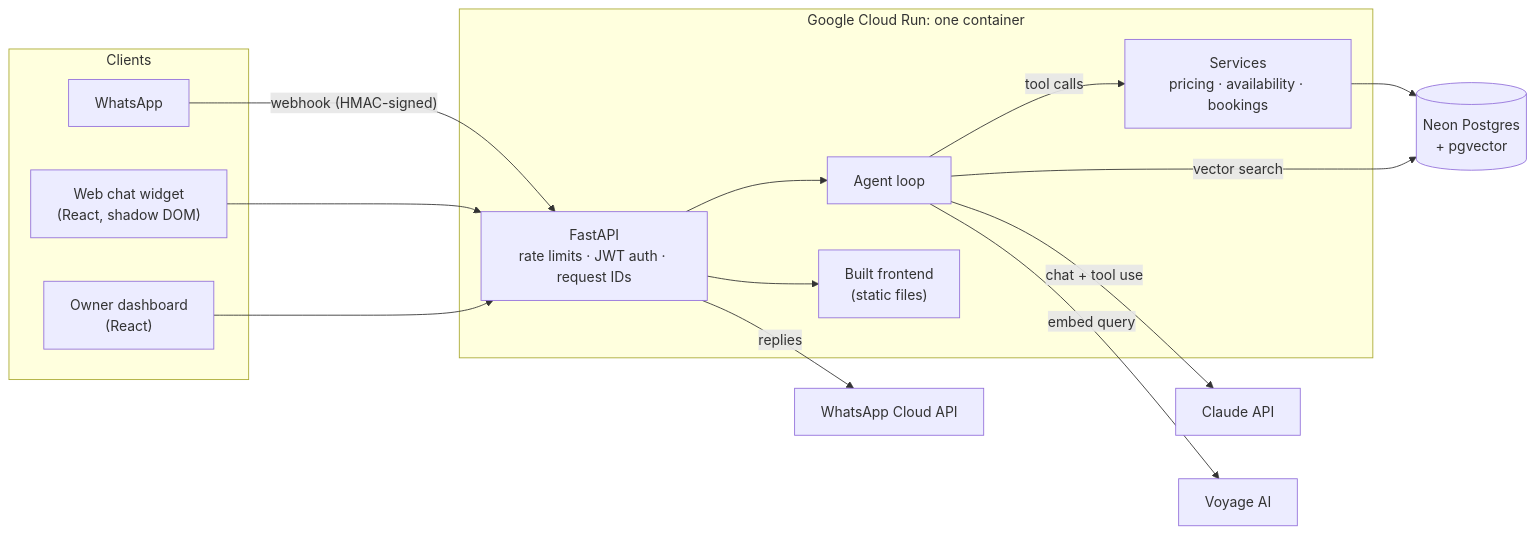
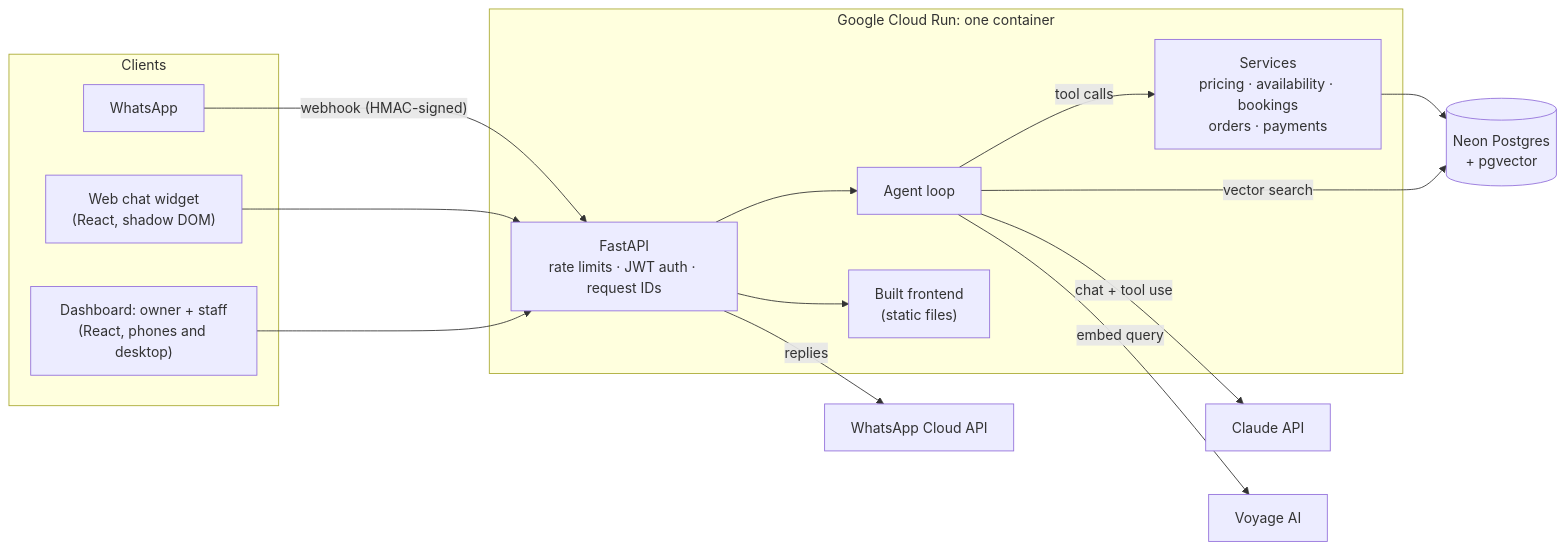
The second of 3 diagrams in README.md (mhdhfzi/carpet-ai-assistant), drawn with Mermaid before and after one commit. The commit also changed other lines of this file, not shown here.

````diff
--- a/README.md
+++ b/README.md
@@ -46,27 +87,27 @@
 ```mermaid
 flowchart LR
     subgraph Clients
         W["Web chat widget<br/>(React, shadow DOM)"]
         WA["WhatsApp"]
-        D["Owner dashboard<br/>(React)"]
+        D["Dashboard: owner + staff<br/>(React, phones and desktop)"]
     end
 
     subgraph CR["Google Cloud Run: one container"]
         API["FastAPI<br/>rate limits · JWT auth · request IDs"]
         AG["Agent loop"]
-        SV["Services<br/>pricing · availability · bookings"]
+        SV["Services<br/>pricing · availability · bookings<br/>orders · payments"]
         ST["Built frontend<br/>(static files)"]
     end
 
     WA -- "webhook (HMAC-signed)" --> API
     W --> API
     D --> API
     API --> AG
     AG -- "tool calls" --> SV
     AG -- "chat + tool use" --> CL["Claude API"]
     AG -- "embed query" --> VY["Voyage AI"]
     SV --> DB[("Neon Postgres<br/>+ pgvector")]
     AG -- "vector search" --> DB
     API --> ST
     API -- "replies" --> MetaAPI["WhatsApp Cloud API"]
 ```
````
